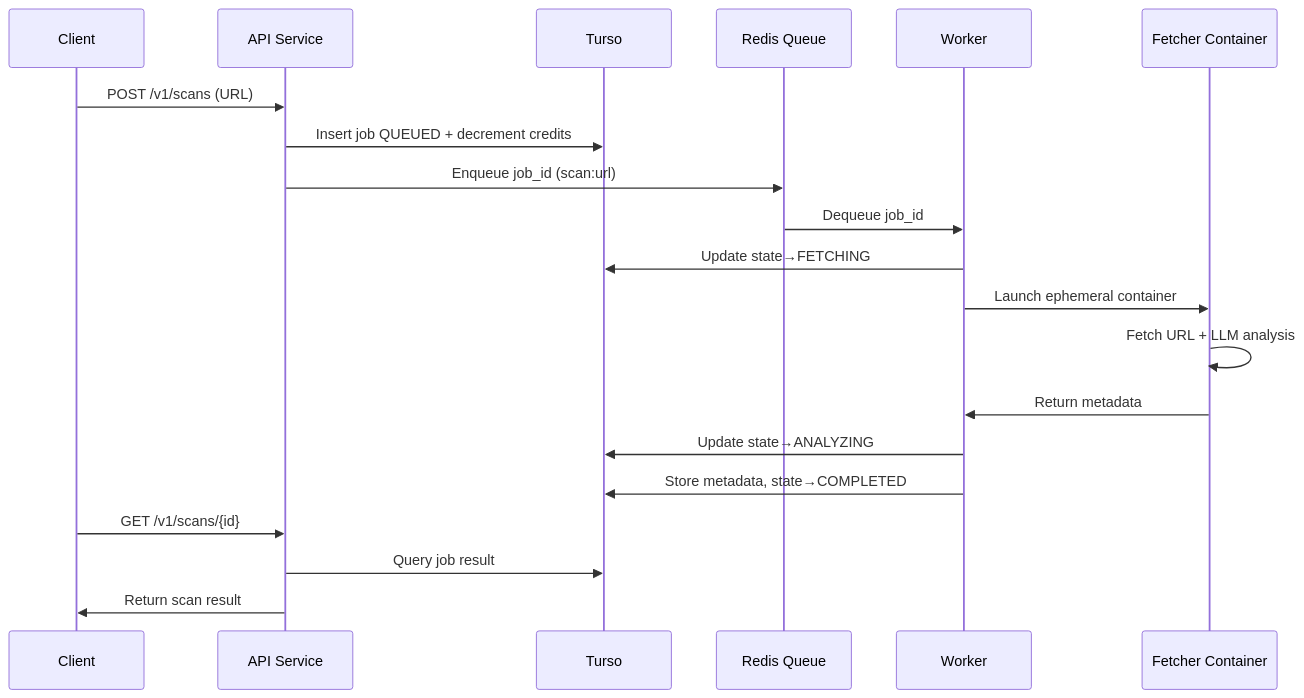
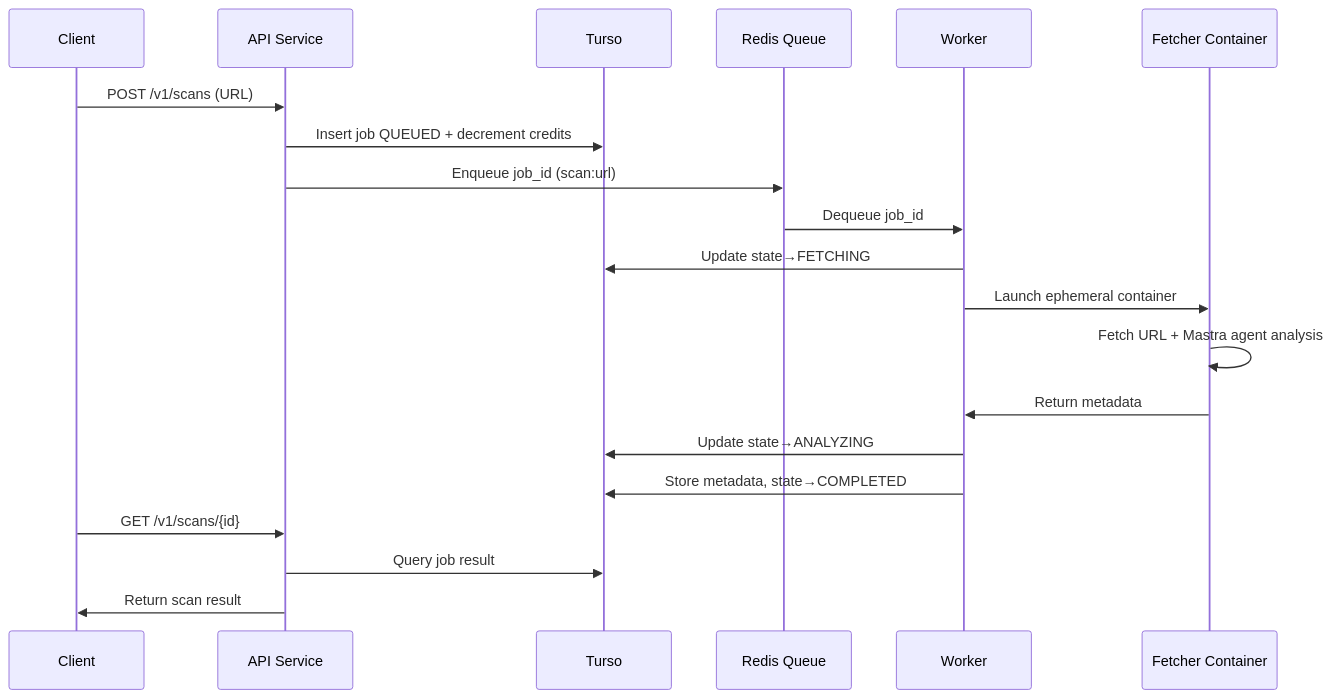
Before and after one commit to safeurlai/safeurl: the third of 3 diagrams in README.md, drawn with Mermaid. The commit also changed other lines of this file and 1 other file, not shown here.

````diff
--- a/README.md
+++ b/README.md
@@ -266,23 +316,23 @@
 ```mermaid
 sequenceDiagram
     participant C as Client
     participant API as API Service
     participant DB as Turso
     participant Q as Redis Queue
     participant W as Worker
     participant F as Fetcher Container
 
     C->>API: POST /v1/scans (URL)
     API->>DB: Insert job QUEUED + decrement credits
     API->>Q: Enqueue job_id (scan:url)
     Q->>W: Dequeue job_id
     W->>DB: Update state→FETCHING
     W->>F: Launch ephemeral container
-    F->>F: Fetch URL + LLM analysis
+    F->>F: Fetch URL + Mastra agent analysis
     F->>W: Return metadata
     W->>DB: Update state→ANALYZING
     W->>DB: Store metadata, state→COMPLETED
     C->>API: GET /v1/scans/{id}
     API->>DB: Query job result
     API->>C: Return scan result
 ```
````
